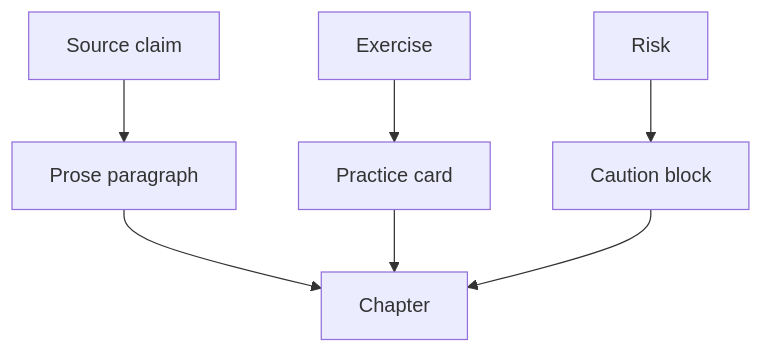
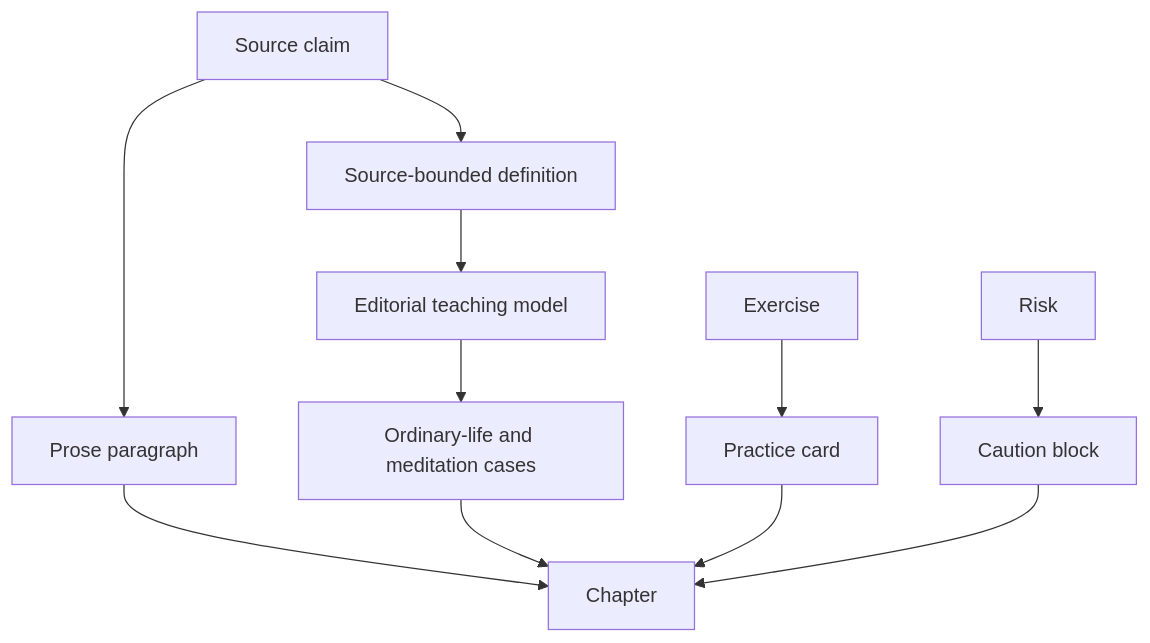
The second of 3 diagrams in book/chapters/AGENTS.md (streamentry/streamentry), drawn with Mermaid before and after one commit. The commit also changed other lines of this file and 22 other files, not shown here.

````diff
--- a/book/chapters/AGENTS.md
+++ b/book/chapters/AGENTS.md
@@ -40,9 +40,13 @@
 ```mermaid
 flowchart TB
   S["Source claim"] --> P["Prose paragraph"]
+  S --> B["Source-bounded definition"]
+  B --> M["Editorial teaching model"]
+  M --> X["Ordinary-life and meditation cases"]
   E["Exercise"] --> C["Practice card"]
   R["Risk"] --> W["Caution block"]
   P --> H["Chapter"]
+  X --> H
   C --> H
   W --> H
 ```
````
